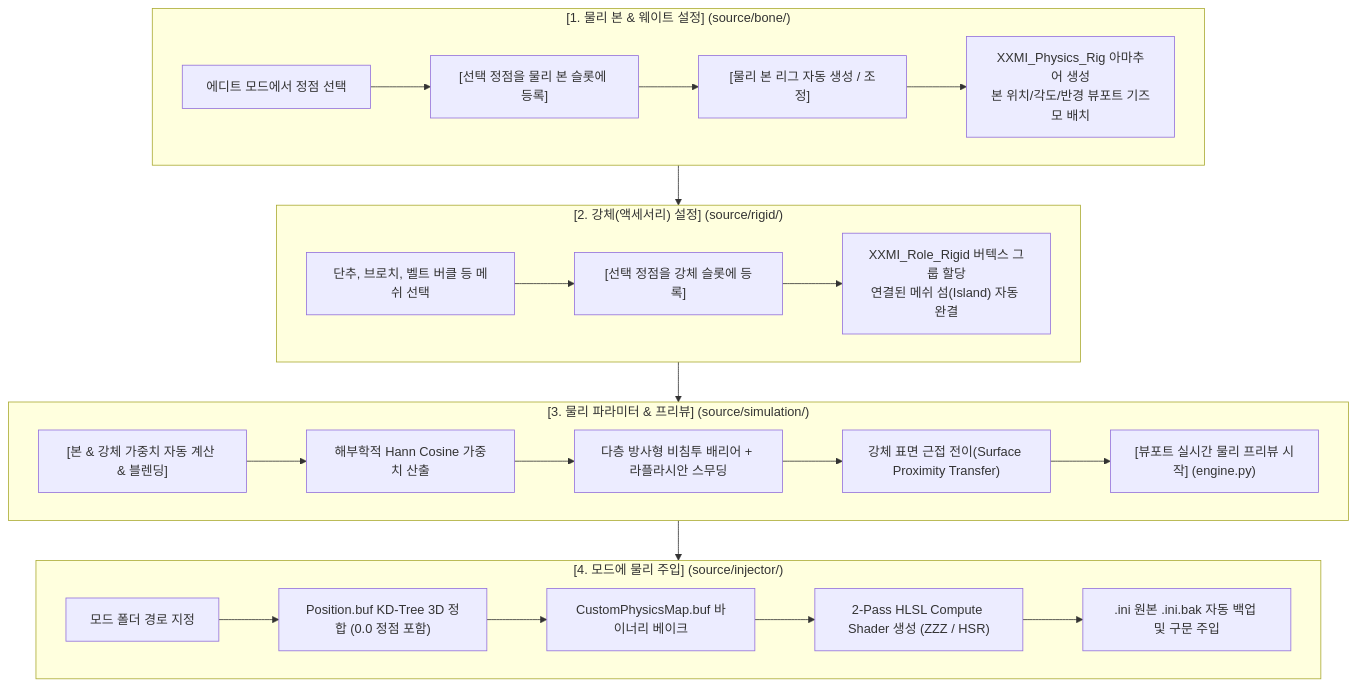
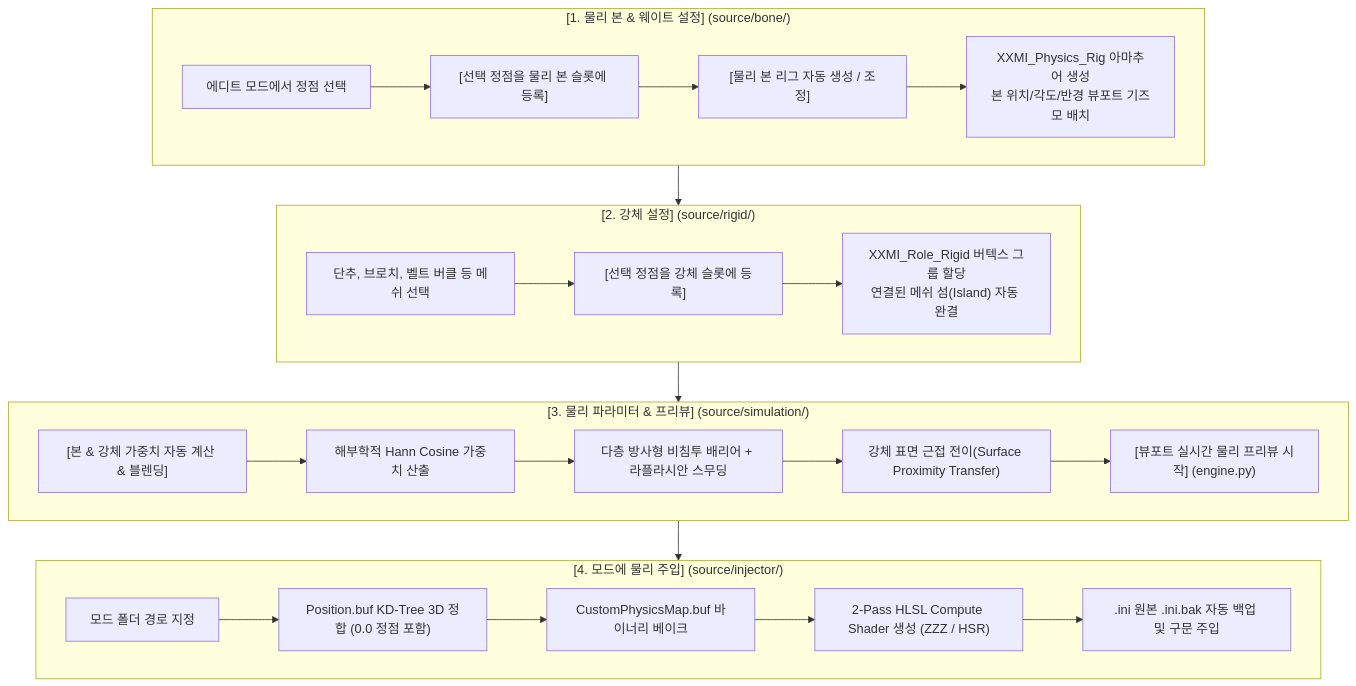
Before and after one commit to DPN-dpn/XXMI-Custom-Physics: the diagram in docs/ARCHITECTURE.md, drawn with Mermaid. The commit also changed other lines of this file and 8 other files, not shown here.

````diff
--- a/docs/ARCHITECTURE.md
+++ b/docs/ARCHITECTURE.md
@@ -11,29 +11,29 @@
 ```mermaid
 flowchart TD
     subgraph P1["[1. 물리 본 & 웨이트 설정] (source/bone/)"]
         A1["에디트 모드에서 정점 선택"] --> A2["[선택 정점을 물리 본 슬롯에 등록]"]
         A2 --> A3["[물리 본 리그 자동 생성 / 조정]"]
         A3 --> A4["XXMI_Physics_Rig 아마추어 생성<br/>본 위치/각도/반경 뷰포트 기즈모 배치"]
     end
 
-    subgraph P2["[2. 강체(액세서리) 설정] (source/rigid/)"]
+    subgraph P2["[2. 강체 설정] (source/rigid/)"]
         B1["단추, 브로치, 벨트 버클 등 메쉬 선택"] --> B2["[선택 정점을 강체 슬롯에 등록]"]
         B2 --> B3["XXMI_Role_Rigid 버텍스 그룹 할당<br/>연결된 메쉬 섬(Island) 자동 완결"]
     end
 
     subgraph P3["[3. 물리 파라미터 & 프리뷰] (source/simulation/)"]
         C1["[본 & 강체 가중치 자동 계산 & 블렌딩]"] --> C2["해부학적 Hann Cosine 가중치 산출"]
         C2 --> C3["다층 방사형 비침투 배리어 + 라플라시안 스무딩"]
         C3 --> C4["강체 표면 근접 전이(Surface Proximity Transfer)"]
         C4 --> C5["[뷰포트 실시간 물리 프리뷰 시작] (engine.py)"]
     end
 
     subgraph P4["[4. 모드에 물리 주입] (source/injector/)"]
         D1["모드 폴더 경로 지정"] --> D2["Position.buf KD-Tree 3D 정합 (0.0 정점 포함)"]
         D2 --> D3["CustomPhysicsMap.buf 바이너리 베이크"]
         D3 --> D4["2-Pass HLSL Compute Shader 생성 (ZZZ / HSR)"]
         D4 --> D5[".ini 원본 .ini.bak 자동 백업 및 구문 주입"]
     end
 
     P1 --> P2 --> P3 --> P4
 ```
````
